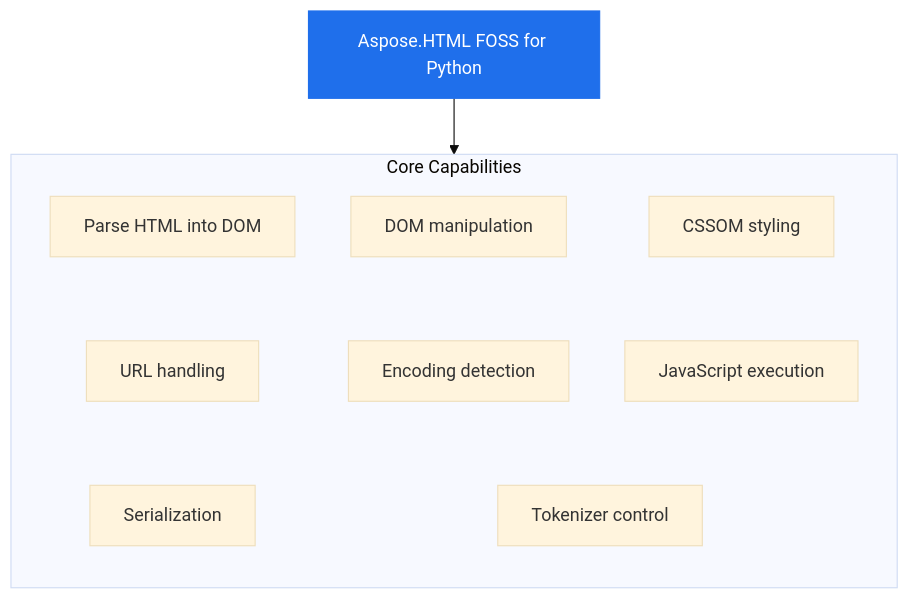
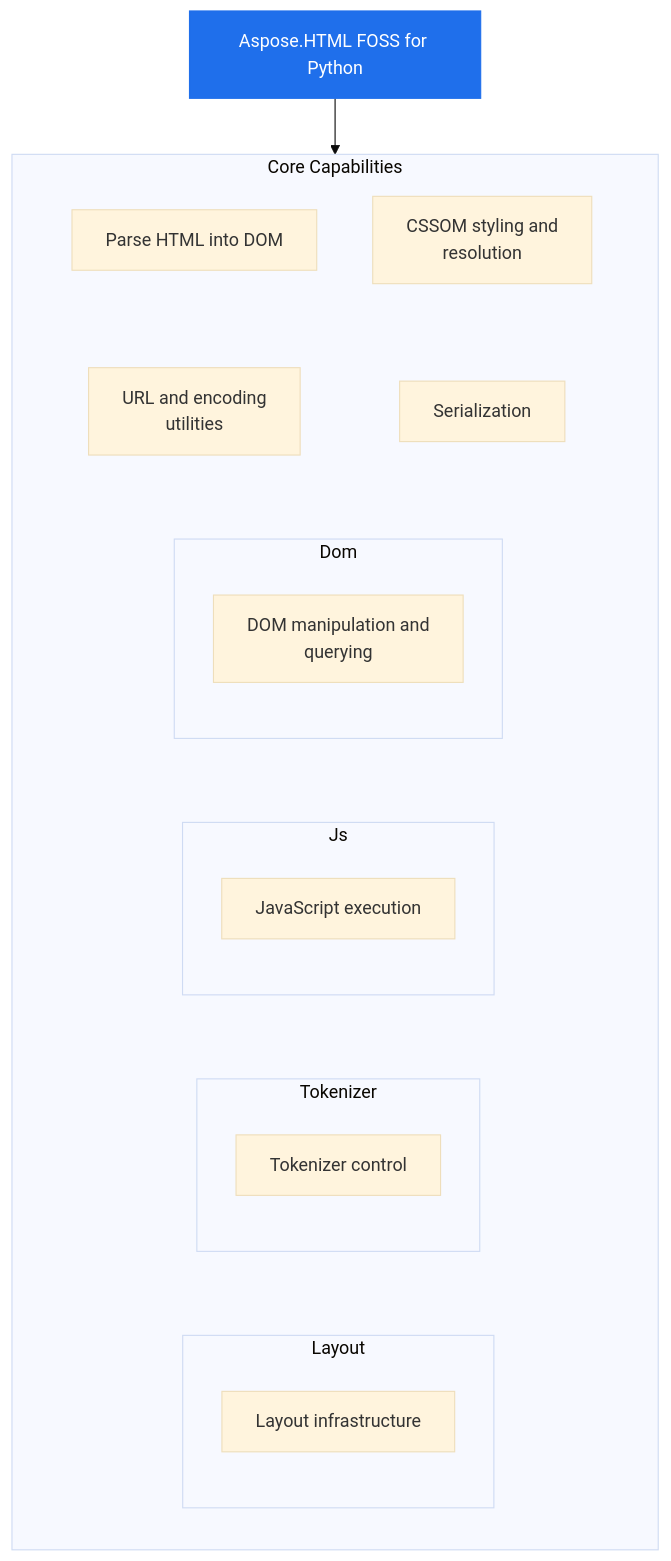
One commit to babar-raza/repo-presenter changed the diagram in bf0f1e7a6d29ca9e14de576fe3ff1aa49ddbaf11/README.md. Above: the diagram before and after it, drawn with Mermaid (base theme). The commit also changed other lines of this file and 13 other files, not shown here.

````diff
--- a/bf0f1e7a6d29ca9e14de576fe3ff1aa49ddbaf11/README.md
+++ b/bf0f1e7a6d29ca9e14de576fe3ff1aa49ddbaf11/README.md
@@ -25,24 +27,37 @@
 ```mermaid
 flowchart TB
   PRODUCT["Aspose.HTML FOSS for Python"]
   subgraph Capabilities["Core Capabilities"]
     direction TB
     c1["Parse HTML into DOM"]
-    c2["DOM manipulation"]
-    c3["CSSOM styling"]
-    c4["URL handling"]
-    c5["Encoding detection"]
-    c6["JavaScript execution"]
-    c7["Serialization"]
-    c8["Tokenizer control"]
+    c3["CSSOM styling and<br/>resolution"]
+    c4["URL and encoding<br/>utilities"]
+    c6["Serialization"]
     c1 ~~~ c4
-    c2 ~~~ c5
     c3 ~~~ c6
-    c4 ~~~ c7
-    c5 ~~~ c8
-    c6 ~~~ c8
+    subgraph cg1["Dom"]
+      direction TB
+      c2["DOM manipulation and<br/>querying"]
+    end
+    subgraph cg2["Js"]
+      direction TB
+      c5["JavaScript execution"]
+    end
+    subgraph cg3["Tokenizer"]
+      direction TB
+      c7["Tokenizer control"]
+    end
+    subgraph cg4["Layout"]
+      direction TB
+      c8["Layout infrastructure"]
+    end
+    c4 ~~~ cg1
+    c6 ~~~ cg1
+    cg1 ~~~ cg2
+    cg2 ~~~ cg3
+    cg3 ~~~ cg4
   end
   PRODUCT --> Capabilities
   classDef product fill:#1f6feb,stroke:#1f6feb,color:#ffffff
   class PRODUCT product
 ```
````
